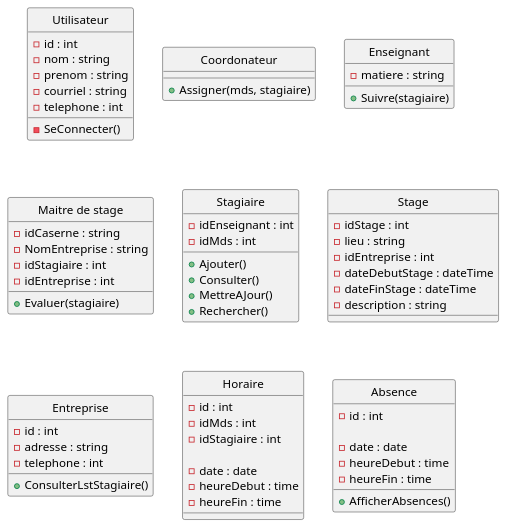
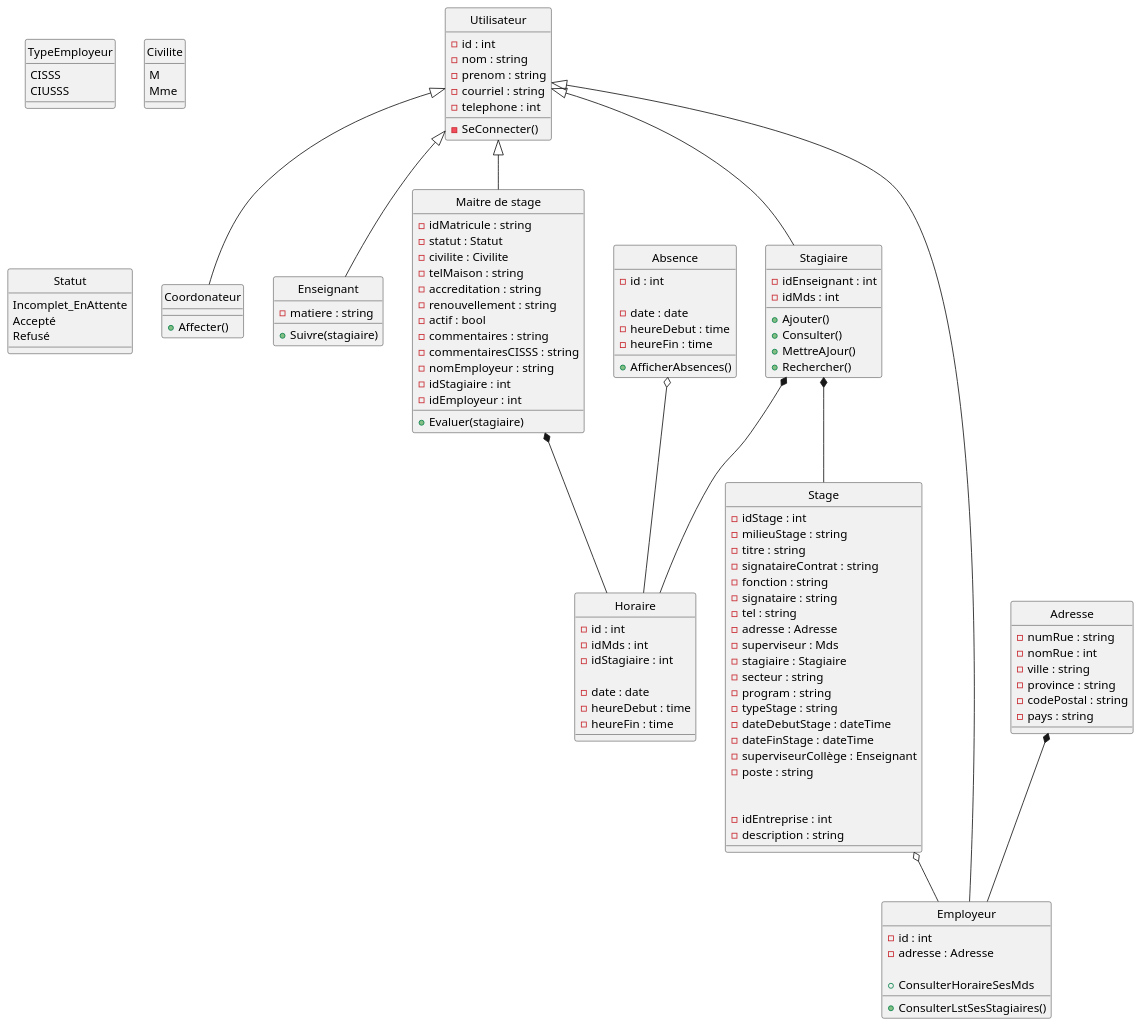
The diagram in Analyse/diagrammeClasse.md (thatscringebro/SPU), drawn with PlantUML before and after one commit.

Commit message:
ajout des entités provenant des fichiers reçus dans l'analyse

````diff
--- a/Analyse/diagrammeClasse.md
+++ b/Analyse/diagrammeClasse.md
@@ -16,24 +16,49 @@
 
 }
 
-class "Coordonateur" AS co {
-    + Assigner(mds, stagiaire)
+class "Coordonateur" AS Co {
+    + Affecter()
 }
 
-class "Enseignant" AS ens {
+class "Enseignant" AS Ens {
     - matiere : string
     + Suivre(stagiaire)
 }
 
 class "Maitre de stage" AS Mds {
     + Evaluer(stagiaire)
-    - idCaserne : string
-    - NomEntreprise : string
+    - idMatricule : string
+    - statut : Statut
+    - civilite : Civilite
+    - telMaison : string
+    - accreditation : string
+    - renouvellement : string 
+    - actif : bool
+    - commentaires : string 
+    - commentairesCISSS : string
+    - nomEmployeur : string
     - idStagiaire : int
-    - idEntreprise : int
+    - idEmployeur : int
+    
 }
 
-class "Stagiaire" AS st{
+enum TypeEmployeur {
+    CISSS
+    CIUSSS
+}
+
+enum Civilite {
+    M
+    Mme
+}
+
+enum Statut {
+    Incomplet_EnAttente
+    Accepté
+    Refusé
+}
+
+class "Stagiaire" AS St{
     - idEnseignant : int
     - idMds : int
 
@@ -45,19 +70,43 @@
 
 class Stage {
     - idStage : int
-    - lieu : string
-    - idEntreprise : int
+    - milieuStage : string
+    - titre : string
+    - signataireContrat : string
+    - fonction : string 
+    - signataire : string
+    - tel : string
+    - adresse : Adresse
+    - superviseur : Mds
+    - stagiaire : Stagiaire
+    - secteur : string
+    - program : string
+    - typeStage : string
     - dateDebutStage : dateTime
     - dateFinStage : dateTime
+    - superviseurCollège : Enseignant
+    - poste : string
+
+
+    - idEntreprise : int
     - description : string
 }
 
-class "Entreprise" AS ent {
+class Adresse {
+    - numRue : string
+    - nomRue : int
+    - ville : string
+    - province : string 
+    - codePostal : string
+    - pays : string
+}
+
+class "Employeur" AS Emp {
     - id : int
-    - adresse : string
-    - telephone : int
+    - adresse : Adresse
 
-    + ConsulterLstStagiaire()
+    + ConsulterLstSesStagiaires()
+    + ConsulterHoraireSesMds
 }
 
 class Horaire {
@@ -81,4 +130,23 @@
 }
 
 
+User <|-- Co
+User <|-- Ens
+User <|-- Mds
+User <|-- St
+User <|-- Emp
+
+St *-- Stage
+
+Adresse *-- Emp 
+Stage o-- Emp 
+
+Mds *-- Horaire
+St *-- Horaire
+Absence o-- Horaire
+
+'agrégation (o--) = disposable, pas dépendant
+'composition (*--) = obligé d'avoir un
+
+
 ```
````
